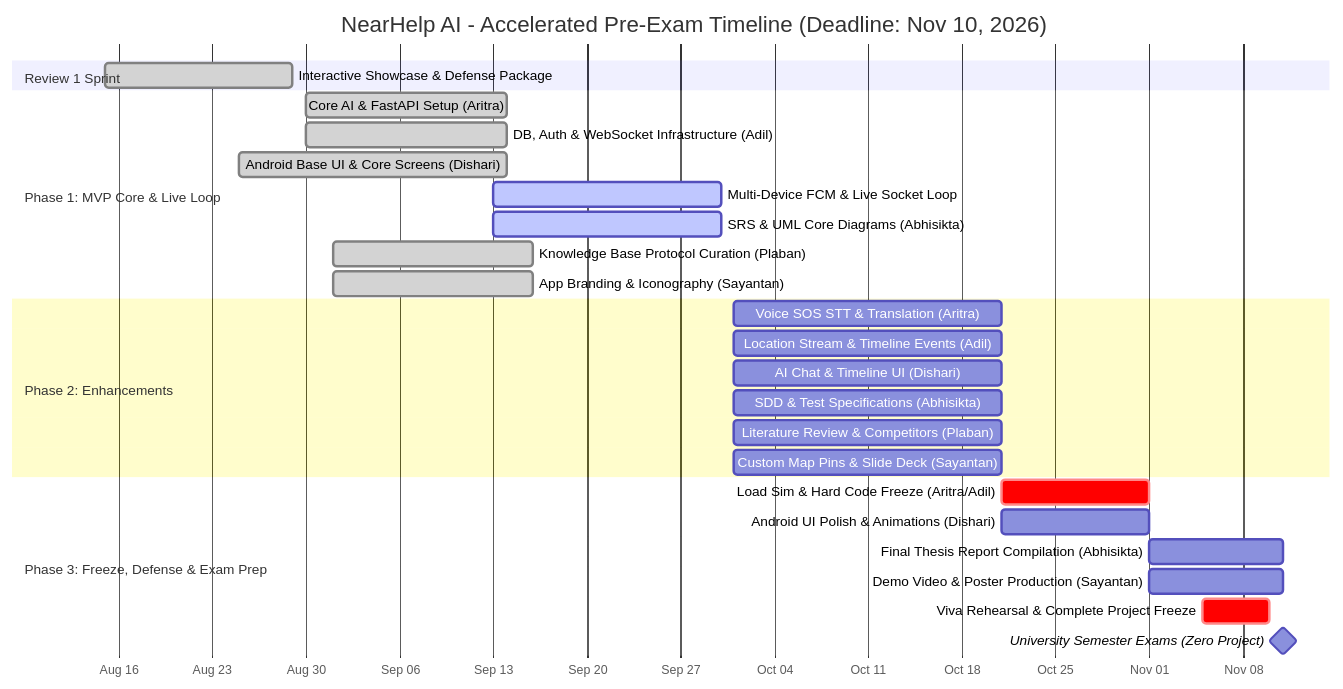
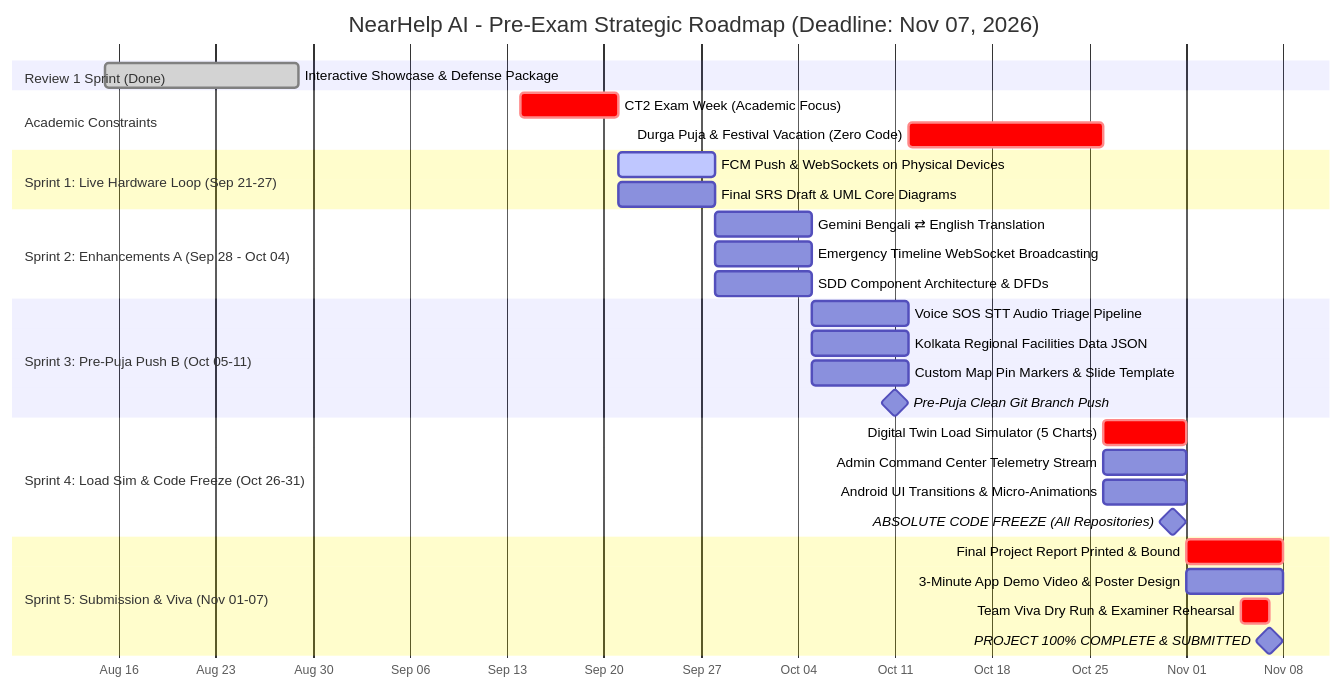
One commit to aritraio/NearHelp changed the diagram in docs/Task.md. Above: the diagram before and after it, drawn with Mermaid. The commit also changed other lines of this file and 2 other files, not shown here.

Commit message:
docs: add project timeframe roadmap and update task and todo lists

````diff
--- a/docs/Task.md
+++ b/docs/Task.md
@@ -280,34 +284,40 @@
 ```mermaid
 gantt
-    title NearHelp AI - Accelerated Pre-Exam Timeline (Deadline: Nov 10, 2026)
+    title NearHelp AI - Pre-Exam Strategic Roadmap (Deadline: Nov 07, 2026)
     dateFormat  YYYY-MM-DD
     axisFormat  %b %d
     
-    section Review 1 Sprint
+    section Review 1 Sprint (Done)
     Interactive Showcase & Defense Package :done, 2026-08-15, 14d
     
-    section Phase 1: MVP Core & Live Loop
-    Core AI & FastAPI Setup (Aritra)         :done, 2026-08-30, 15d
-    DB, Auth & WebSocket Infrastructure (Adil):done, 2026-08-30, 15d
-    Android Base UI & Core Screens (Dishari)  :done, 2026-08-25, 20d
-    Multi-Device FCM & Live Socket Loop      :active, 2026-09-13, 17d
-    SRS & UML Core Diagrams (Abhisikta)      :active, 2026-09-13, 17d
-    Knowledge Base Protocol Curation (Plaban):done, 2026-09-01, 15d
-    App Branding & Iconography (Sayantan)    :done, 2026-09-01, 15d
+    section Academic Constraints
+    CT2 Exam Week (Academic Focus)            :crit, 2026-09-14, 7d
+    Durga Puja & Festival Vacation (Zero Code):crit, 2026-10-12, 14d
     
-    section Phase 2: Enhancements
-    Voice SOS STT & Translation (Aritra)     :2026-10-01, 20d
-    Location Stream & Timeline Events (Adil)  :2026-10-01, 20d
-    AI Chat & Timeline UI (Dishari)          :2026-10-01, 20d
-    SDD & Test Specifications (Abhisikta)    :2026-10-01, 20d
-    Literature Review & Competitors (Plaban) :2026-10-01, 20d
-    Custom Map Pins & Slide Deck (Sayantan)  :2026-10-01, 20d
+    section Sprint 1: Live Hardware Loop (Sep 21-27)
+    FCM Push & WebSockets on Physical Devices :active, 2026-09-21, 7d
+    Final SRS Draft & UML Core Diagrams       :2026-09-21, 7d
     
-    section Phase 3: Freeze, Defense & Exam Prep
-    Load Sim & Hard Code Freeze (Aritra/Adil):crit, 2026-10-21, 11d
-    Android UI Polish & Animations (Dishari) :2026-10-21, 11d
-    Final Thesis Report Compilation (Abhisikta):2026-11-01, 10d
-    Demo Video & Poster Production (Sayantan):2026-11-01, 10d
-    Viva Rehearsal & Complete Project Freeze :crit, 2026-11-05, 5d
-    University Semester Exams (Zero Project) :milestone, 2026-11-11, 0d
+    section Sprint 2: Enhancements A (Sep 28 - Oct 04)
+    Gemini Bengali ⇄ English Translation      :2026-09-28, 7d
+    Emergency Timeline WebSocket Broadcasting :2026-09-28, 7d
+    SDD Component Architecture & DFDs         :2026-09-28, 7d
+    
+    section Sprint 3: Pre-Puja Push B (Oct 05-11)
+    Voice SOS STT Audio Triage Pipeline       :2026-10-05, 7d
+    Kolkata Regional Facilities Data JSON     :2026-10-05, 7d
+    Custom Map Pin Markers & Slide Template   :2026-10-05, 7d
+    Pre-Puja Clean Git Branch Push            :milestone, 2026-10-11, 0d
+    
+    section Sprint 4: Load Sim & Code Freeze (Oct 26-31)
+    Digital Twin Load Simulator (5 Charts)    :crit, 2026-10-26, 6d
+    Admin Command Center Telemetry Stream     :2026-10-26, 6d
+    Android UI Transitions & Micro-Animations :2026-10-26, 6d
+    ABSOLUTE CODE FREEZE (All Repositories)   :milestone, 2026-10-31, 0d
+    
+    section Sprint 5: Submission & Viva (Nov 01-07)
+    Final Project Report Printed & Bound      :crit, 2026-11-01, 7d
+    3-Minute App Demo Video & Poster Design   :2026-11-01, 7d
+    Team Viva Dry Run & Examiner Rehearsal    :crit, 2026-11-05, 2d
+    PROJECT 100% COMPLETE & SUBMITTED         :milestone, 2026-11-07, 0d
 ```
````
